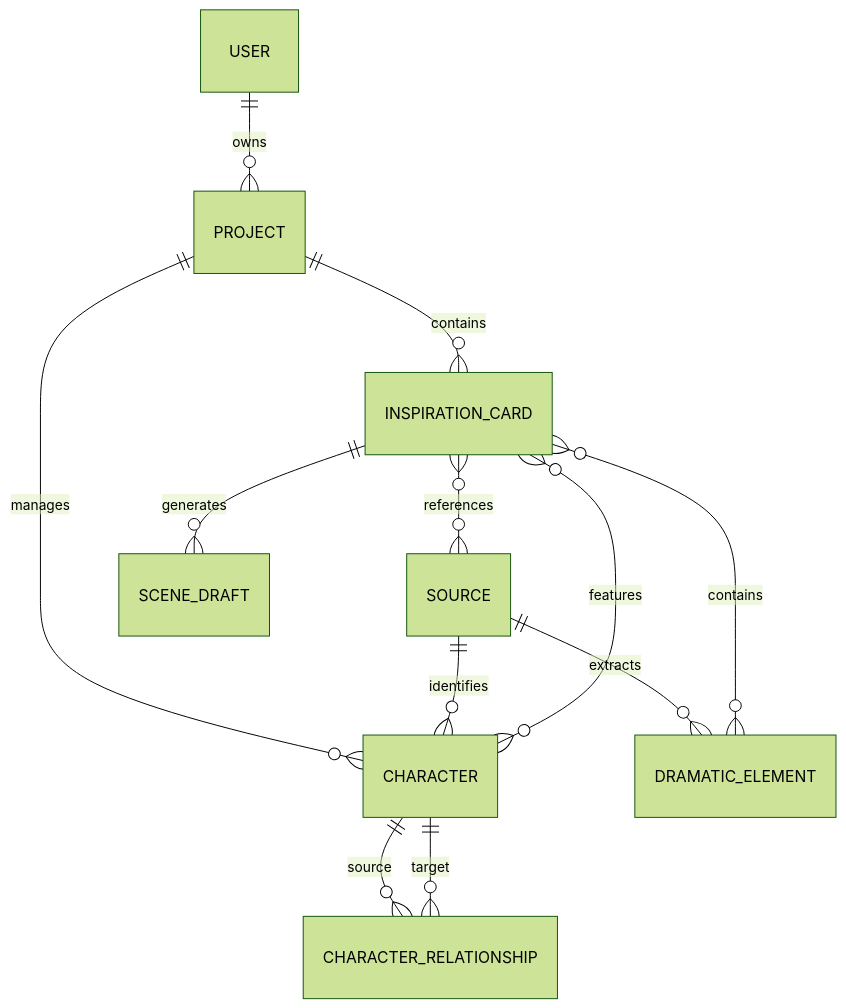
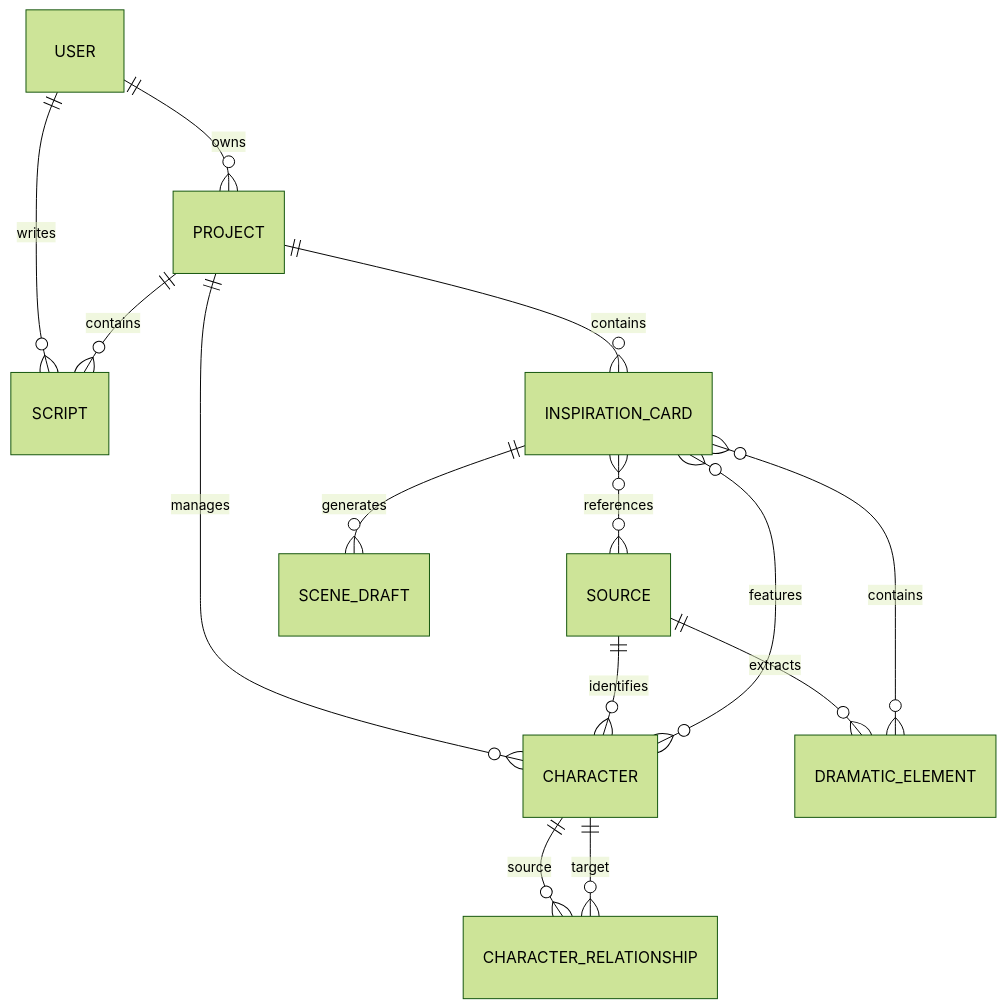
Before and after one commit to zephyr0109/scriptly: the diagram in scriptly-docs/domain/data_model.md, drawn with Mermaid (forest theme). The commit also changed other lines of this file and 8 other files, not shown here.

Commit message:
feat: implement domain models, API schemas, and editor components for script management system

````diff
--- a/scriptly-docs/domain/data_model.md
+++ b/scriptly-docs/domain/data_model.md
@@ -108,18 +120,20 @@
 ```mermaid
 erDiagram
     USER ||--o{ PROJECT : "owns"
+    USER ||--o{ SCRIPT : "writes"
     PROJECT ||--o{ CHARACTER : "manages"
     PROJECT ||--o{ INSPIRATION_CARD : "contains"
+    PROJECT ||--o{ SCRIPT : "contains"
     
     SOURCE ||--o{ DRAMATIC_ELEMENT : "extracts"
     SOURCE ||--o{ CHARACTER : "identifies"
     
     CHARACTER ||--o{ CHARACTER_RELATIONSHIP : "source"
     CHARACTER ||--o{ CHARACTER_RELATIONSHIP : "target"
 
     INSPIRATION_CARD }o--o{ SOURCE : "references"
     INSPIRATION_CARD }o--o{ DRAMATIC_ELEMENT : "contains"
     INSPIRATION_CARD }o--o{ CHARACTER : "features"
 
     INSPIRATION_CARD ||--o{ SCENE_DRAFT : "generates"
 ```
````
